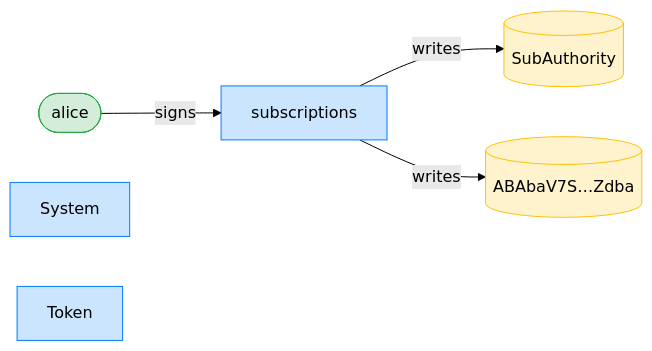
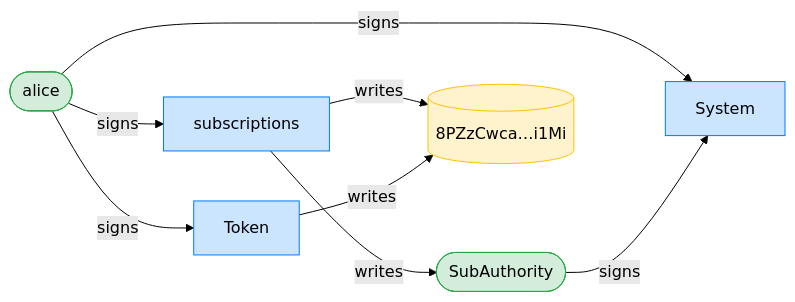
Before and after one commit to cds-rs/subscriptions: the third of 8 diagrams in dsl_tests/revoke-clears-the-delegate.md, drawn with Mermaid (forest theme). The commit also changed other lines of this file and 224 other files, not shown here.

````diff
--- a/dsl_tests/revoke-clears-the-delegate.md
+++ b/dsl_tests/revoke-clears-the-delegate.md
@@ -55,15 +56,19 @@
 ```mermaid
 flowchart LR
     classDef signer fill:#d4edda,stroke:#28a745;
     classDef program fill:#cce5ff,stroke:#007bff;
     classDef writable fill:#fff3cd,stroke:#ffc107;
     subscriptions[subscriptions]:::program
     alice([alice]):::signer
-    SubAuthority[(SubAuthority)]:::writable
-    ABAbaV7S_Zdba[("ABAbaV7S…Zdba")]:::writable
+    SubAuthority([SubAuthority]):::signer
+    8PZzCwca_i1Mi[("8PZzCwca…i1Mi")]:::writable
     System[System]:::program
     Token[Token]:::program
     alice -->|signs| subscriptions
+    alice -->|signs| System
+    SubAuthority -->|signs| System
+    alice -->|signs| Token
     subscriptions -->|writes| SubAuthority
-    subscriptions -->|writes| ABAbaV7S_Zdba
+    subscriptions -->|writes| 8PZzCwca_i1Mi
+    Token -->|writes| 8PZzCwca_i1Mi
 ```
````
